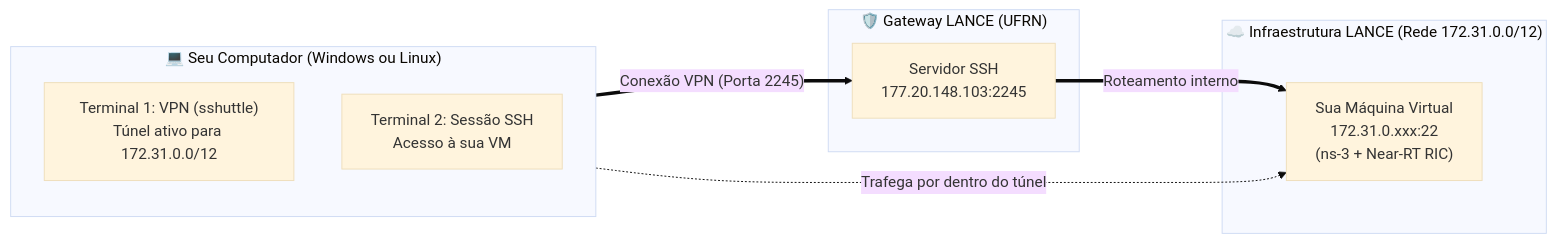
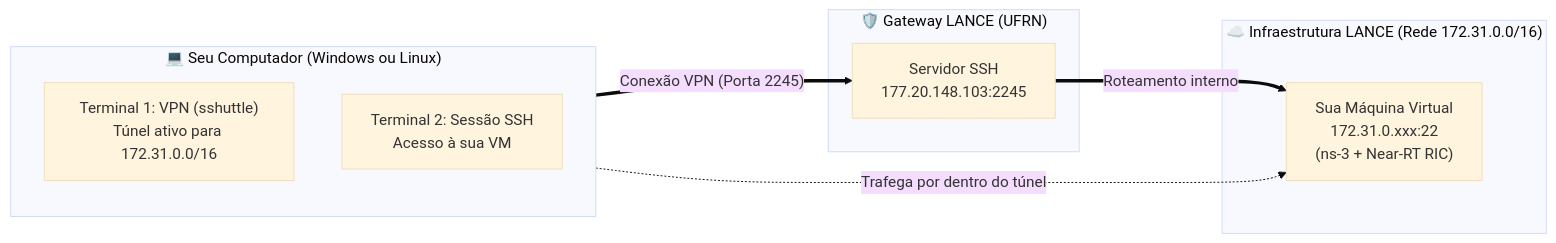
The first of 2 diagrams in README.md (lucasismael/ns3-oran-bootcamp), drawn with Mermaid (base theme) before and after one commit. The commit also changed other lines of this file, not shown here.

Commit message:
Update VPN subnet to 172.31.0.0/16

````diff
--- a/README.md
+++ b/README.md
@@ -15,20 +15,20 @@
 ```mermaid
 flowchart LR
     subgraph LOCAL["💻 Seu Computador (Windows ou Linux)"]
         direction TB
-        T1["Terminal 1: VPN (sshuttle)<br/>Túnel ativo para 172.31.0.0/12"]
+        T1["Terminal 1: VPN (sshuttle)<br/>Túnel ativo para 172.31.0.0/16"]
         T2["Terminal 2: Sessão SSH<br/>Acesso à sua VM"]
     end
 
     subgraph GW["🛡️ Gateway LANCE (UFRN)"]
         SERVER["Servidor SSH<br/>177.20.148.103:2245"]
     end
 
-    subgraph CLOUD["☁️ Infraestrutura LANCE (Rede 172.31.0.0/12)"]
+    subgraph CLOUD["☁️ Infraestrutura LANCE (Rede 172.31.0.0/16)"]
         VM["Sua Máquina Virtual<br/>172.31.0.xxx:22<br/>(ns-3 + Near-RT RIC)"]
     end
 
     T1 ==>|"Conexão VPN (Porta 2245)"| SERVER
     SERVER ==>|"Roteamento interno"| VM
     T2 -.->|"Trafega por dentro do túnel"| VM
 ```
````
